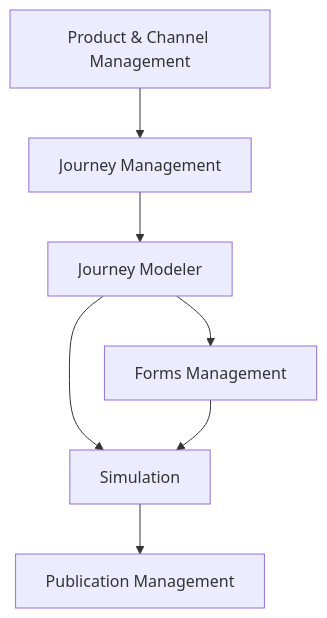
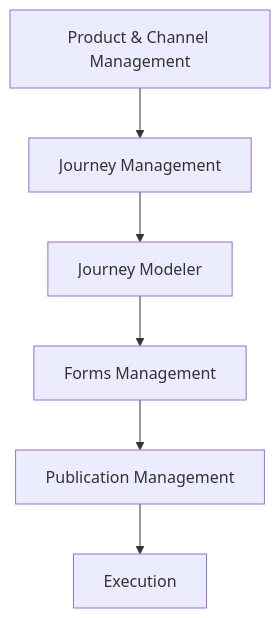
Before and after one commit to hermesnet-git/journey-admin: the seventh of 8 diagrams in requisitos/admin/ej-admin-arquitetura-logica.md, drawn with Mermaid. The commit also changed other lines of this file and 70 other files, not shown here.

````diff
--- a/requisitos/admin/ej-admin-arquitetura-logica.md
+++ b/requisitos/admin/ej-admin-arquitetura-logica.md
@@ -481,16 +480,15 @@
 ```mermaid
 flowchart TD
     CATALOG[Product & Channel Management]
     JOURNEY[Journey Management]
     MODELER[Journey Modeler]
     FORMS[Forms Management]
-    SIMULATION[Simulation]
     PUBLICATION[Publication Management]
+    EXECUTION[Execution]
 
     CATALOG --> JOURNEY
     JOURNEY --> MODELER
     MODELER --> FORMS
-    MODELER --> SIMULATION
-    FORMS --> SIMULATION
-    SIMULATION --> PUBLICATION
+    FORMS --> PUBLICATION
+    PUBLICATION --> EXECUTION
 ```
````
